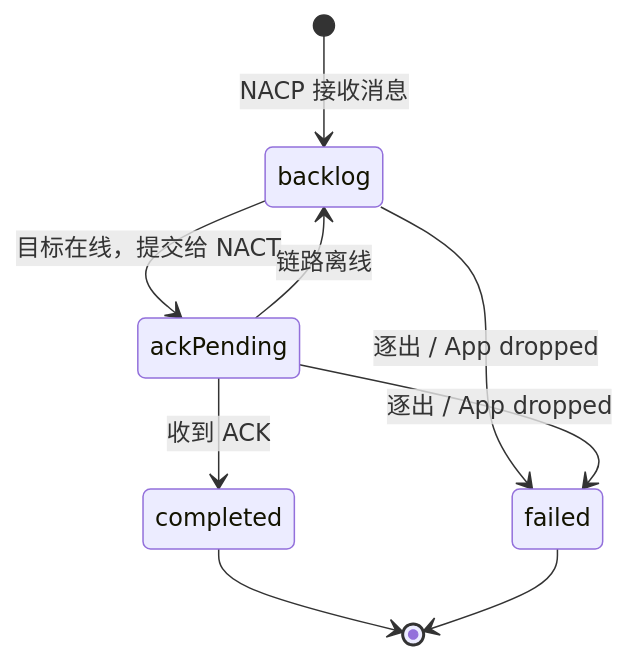
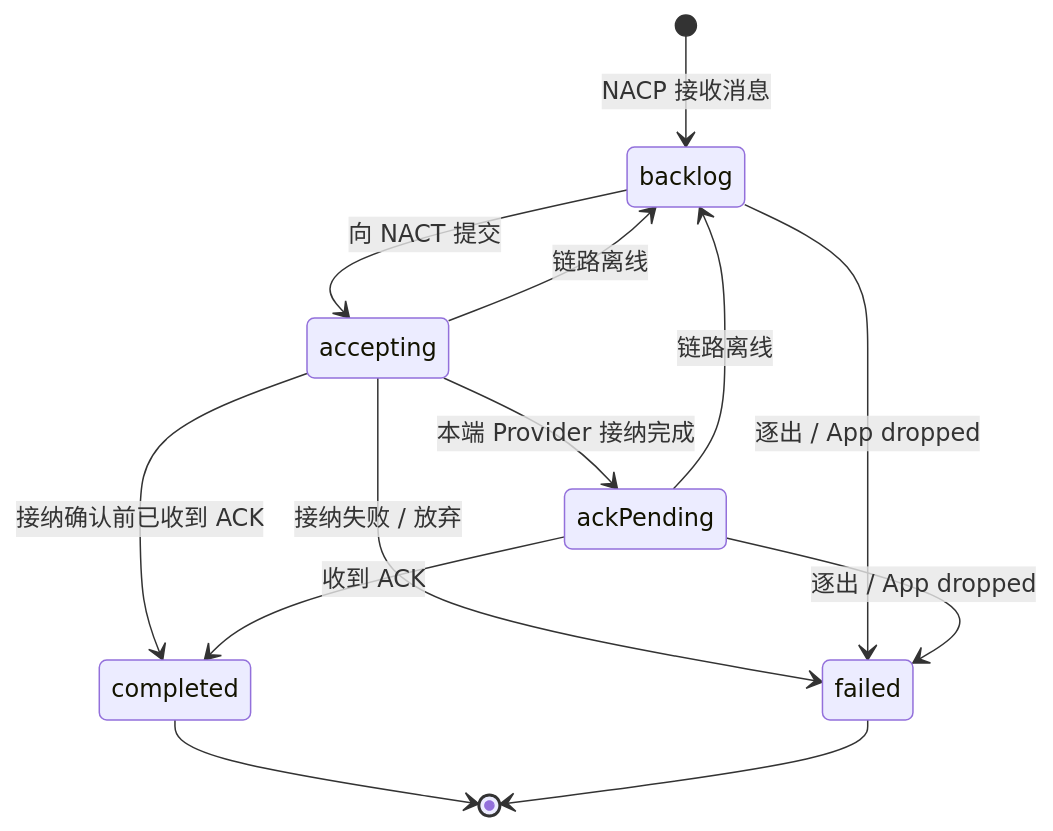
Before and after one commit to ChenYFan/NASDK: the second of 3 diagrams in docs/transport/nacp/lifecycle.md, drawn with Mermaid. The commit also changed other lines of this file and 182 other files, not shown here.

````diff
--- a/docs/transport/nacp/lifecycle.md
+++ b/docs/transport/nacp/lifecycle.md
@@ -86,11 +94,15 @@
 ```mermaid
 stateDiagram-v2
     [*] --> backlog: NACP 接收消息
-    backlog --> ackPending: 目标在线，提交给 NACT
+    backlog --> accepting: 向 NACT 提交
+    accepting --> ackPending: 本端 Provider 接纳完成
+    accepting --> completed: 接纳确认前已收到 ACK
+    accepting --> backlog: 链路离线
+    accepting --> failed: 接纳失败 / 放弃
     ackPending --> completed: 收到 ACK
     ackPending --> backlog: 链路离线
     backlog --> failed: 逐出 / App dropped
     ackPending --> failed: 逐出 / App dropped
     completed --> [*]
     failed --> [*]
 ```
````
